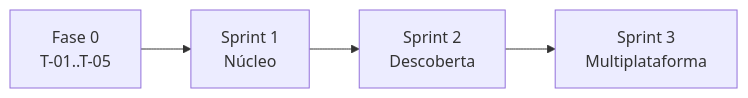
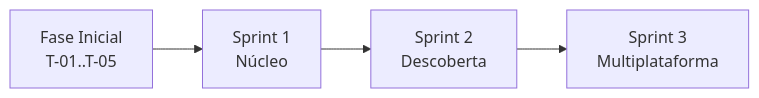
One commit to paulosabra/pokedex changed the fourth of 4 diagrams in docs/project/04-backlog.md. Above: the diagram before and after it, drawn with Mermaid. The commit also changed other lines of this file and 2 other files, not shown here.

````diff
--- a/docs/project/04-backlog.md
+++ b/docs/project/04-backlog.md
@@ -431,6 +431,6 @@
 ```mermaid
 flowchart LR
-    F0["Fase 0<br/>T-01..T-05"] --> S1["Sprint 1<br/>Núcleo"]
+    F0["Fase Inicial<br/>T-01..T-05"] --> S1["Sprint 1<br/>Núcleo"]
     S1 --> S2["Sprint 2<br/>Descoberta"]
     S2 --> S3["Sprint 3<br/>Multiplataforma"]
 ```
````
